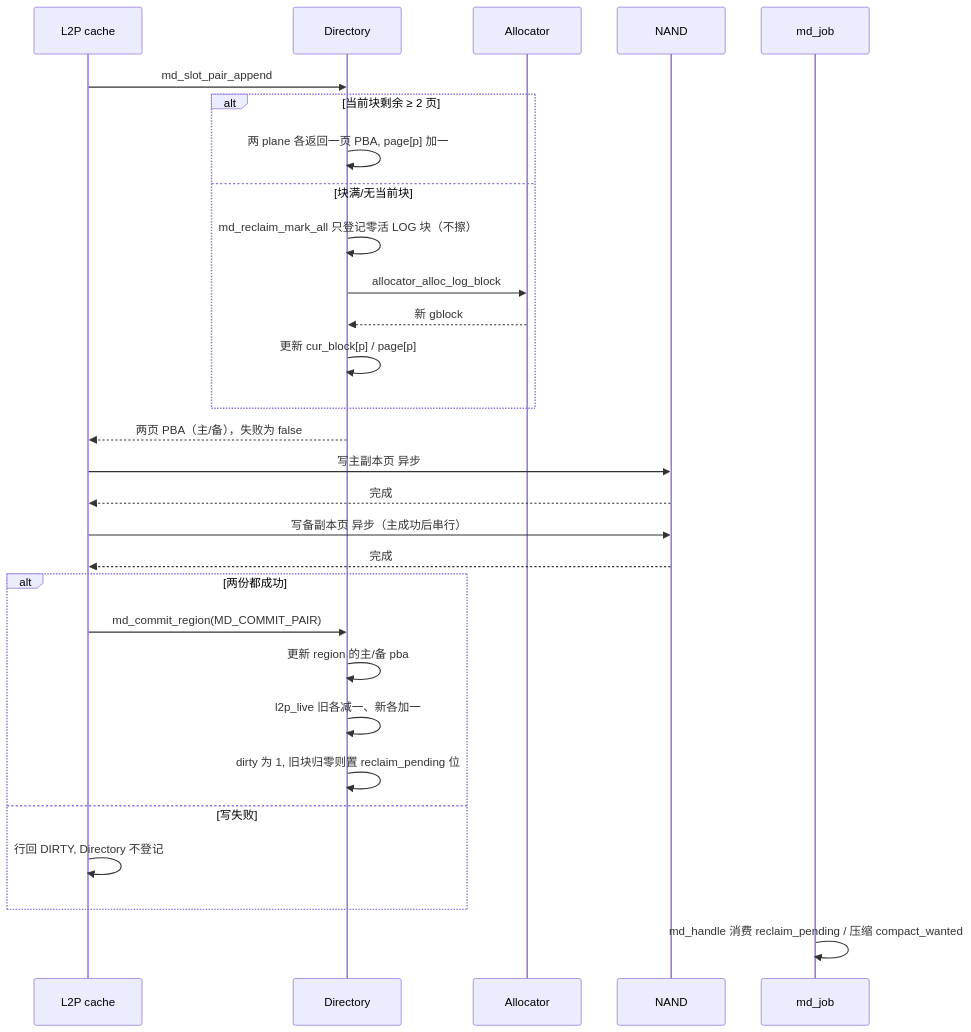
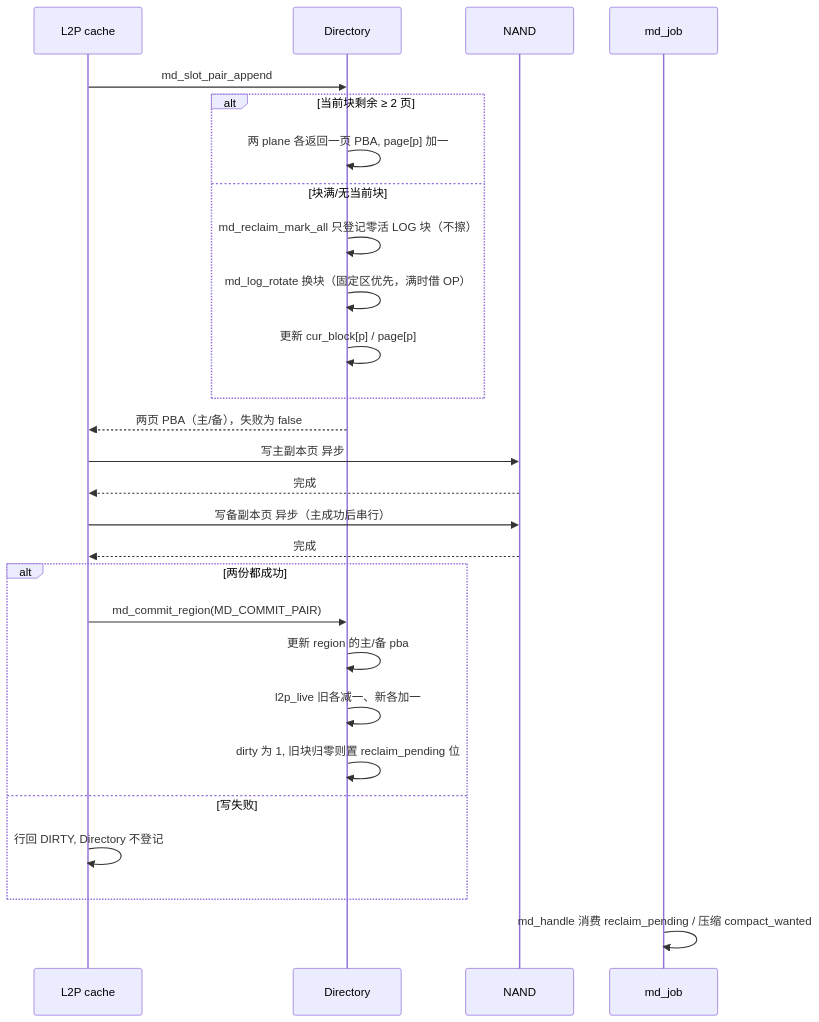
Before and after one commit to YzYMIAO/BASESSD: diagram 11 of 36 in docs/design/ftl_design.md, drawn with Mermaid. The commit also changed other lines of this file and 18 other files, not shown here.

````diff
--- a/docs/design/ftl_design.md
+++ b/docs/design/ftl_design.md
@@ -1935,32 +1937,30 @@
 ```mermaid
 sequenceDiagram
     participant C as L2P cache
     participant D as Directory
-    participant A as Allocator
     participant N as NAND
     participant J as md_job
 
     C->>D: md_slot_pair_append
     alt 当前块剩余 ≥ 2 页
         D->>D: 两 plane 各返回一页 PBA, page[p] 加一
     else 块满/无当前块
         D->>D: md_reclaim_mark_all 只登记零活 LOG 块（不擦）
-        D->>A: allocator_alloc_log_block
-        A-->>D: 新 gblock
+        D->>D: md_log_rotate 换块（固定区优先，满时借 OP）
         D->>D: 更新 cur_block[p] / page[p]
     end
     D-->>C: 两页 PBA（主/备），失败为 false
     C->>N: 写主副本页 异步
     N-->>C: 完成
     C->>N: 写备副本页 异步（主成功后串行）
     N-->>C: 完成
     alt 两份都成功
         C->>D: md_commit_region(MD_COMMIT_PAIR)
         D->>D: 更新 region 的主/备 pba
         D->>D: l2p_live 旧各减一、新各加一
         D->>D: dirty 为 1, 旧块归零则置 reclaim_pending 位
     else 写失败
         C->>C: 行回 DIRTY, Directory 不登记
     end
     J->>J: md_handle 消费 reclaim_pending / 压缩 compact_wanted
 ```
````
